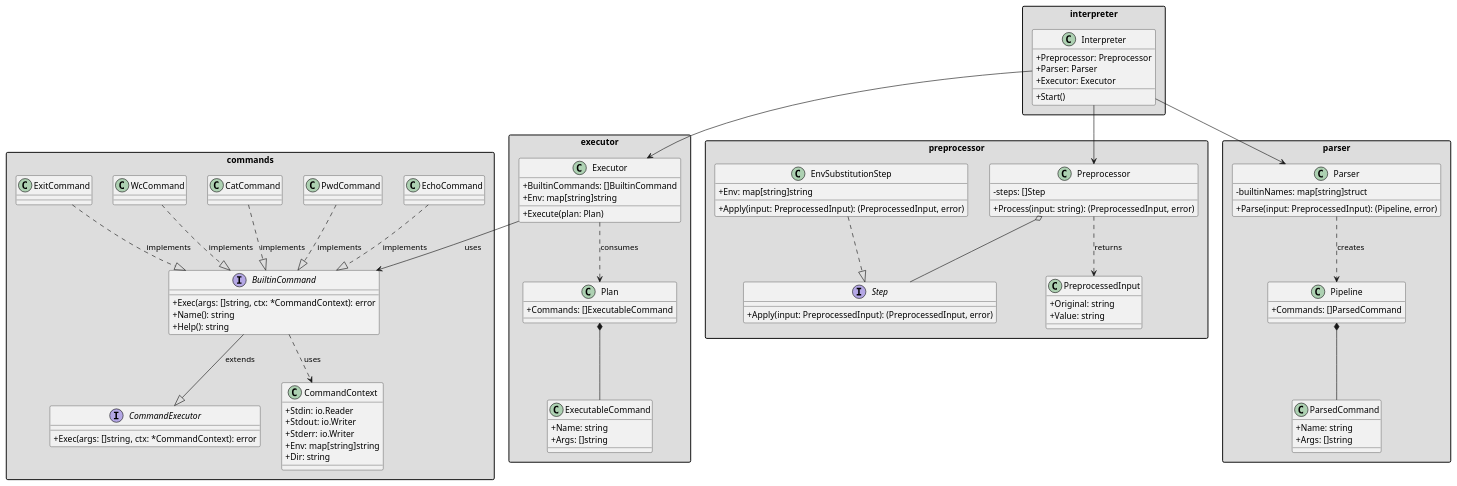
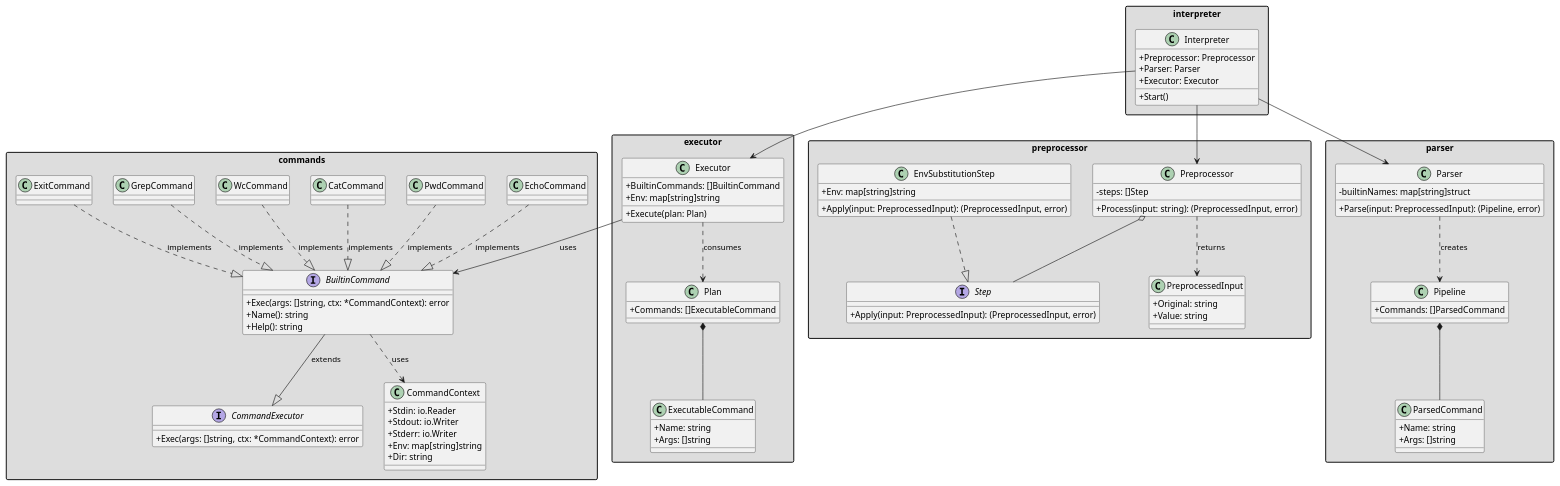
Before and after one commit to ggerlakh/software-design-mhs-itmo: the diagram in docs/class_diagram.puml, drawn with PlantUML. The commit also changed 6 other files, not shown here.

```diff
--- a/docs/class_diagram.puml
+++ b/docs/class_diagram.puml
@@ -1,119 +1,121 @@
 @startuml
 skinparam classAttributeIconSize 0
 skinparam backgroundColor #FFFFFF
 skinparam packageStyle rectangle
 
 ' Пакеты и классы
 package "commands" #DDDDDD {
     interface CommandExecutor {
         +Exec(args: []string, ctx: *CommandContext): error
     }
     
     interface BuiltinCommand {
         +Exec(args: []string, ctx: *CommandContext): error
         +Name(): string
         +Help(): string
     }
     
     class CommandContext {
         +Stdin: io.Reader
         +Stdout: io.Writer
         +Stderr: io.Writer
         +Env: map[string]string
         +Dir: string
     }
     
     class EchoCommand
     class PwdCommand
     class CatCommand
     class WcCommand
+    class GrepCommand
     class ExitCommand
     
     BuiltinCommand --|> CommandExecutor : extends
     BuiltinCommand ..> CommandContext : uses
     EchoCommand ..|> BuiltinCommand : implements
     PwdCommand ..|> BuiltinCommand : implements
     CatCommand ..|> BuiltinCommand : implements
     WcCommand ..|> BuiltinCommand : implements
+    GrepCommand ..|> BuiltinCommand : implements
     ExitCommand ..|> BuiltinCommand : implements
 }
 
 package "preprocessor" #DDDDDD {
     class Preprocessor {
         -steps: []Step
         +Process(input: string): (PreprocessedInput, error)
     }
     
     interface Step {
         +Apply(input: PreprocessedInput): (PreprocessedInput, error)
     }
     
     class EnvSubstitutionStep {
         +Env: map[string]string
         +Apply(input: PreprocessedInput): (PreprocessedInput, error)
     }
     
     class PreprocessedInput {
         +Original: string
         +Value: string
     }
     
     Preprocessor o-- Step
     Preprocessor ..> PreprocessedInput : returns
     EnvSubstitutionStep ..|> Step
 }
 
 package "parser" #DDDDDD {
     class Parser {
         -builtinNames: map[string]struct
         +Parse(input: PreprocessedInput): (Pipeline, error)
     }
     
     class ParsedCommand {
         +Name: string
         +Args: []string
     }
     
     class Pipeline {
         +Commands: []ParsedCommand
     }
     
     Parser ..> Pipeline : creates
     Pipeline *-- ParsedCommand
 }
 
 package "executor" #DDDDDD {
     class Executor {
         +BuiltinCommands: []BuiltinCommand
         +Env: map[string]string
         +Execute(plan: Plan)
     }
     
     class Plan {
         +Commands: []ExecutableCommand
     }
     
     class ExecutableCommand {
         +Name: string
         +Args: []string
     }
     
     Executor ..> Plan : consumes
     Plan *-- ExecutableCommand
     Executor --> BuiltinCommand : uses
 }
 
 package "interpreter" #DDDDDD {
     class Interpreter {
         +Preprocessor: Preprocessor
         +Parser: Parser
         +Executor: Executor
         +Start()
     }
     
     Interpreter --> Preprocessor
     Interpreter --> Parser
     Interpreter --> Executor
 }
 
 @enduml
```
